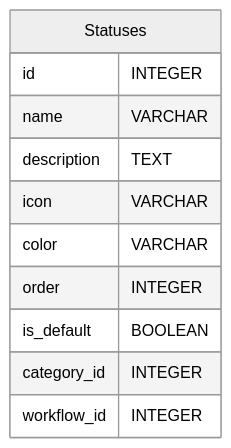
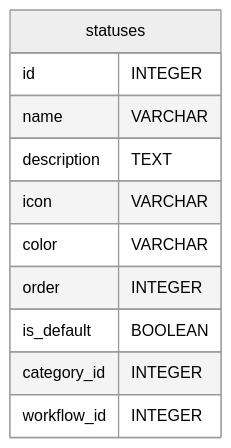
One commit to codeitlikemiley/arta-ecms-docs changed diagram 20 of 41 in infrastructure/db-schema.mdx. Above: the diagram before and after it, drawn with Mermaid (neutral theme). The commit also changed other lines of this file and 34 other files, not shown here.

````diff
--- a/infrastructure/db-schema.mdx
+++ b/infrastructure/db-schema.mdx
@@ -463,14 +802,14 @@
-```mermaid
-erDiagram
-Statuses {
-        id INTEGER
-        name VARCHAR
-        description TEXT
-        icon VARCHAR
-        color VARCHAR
-        order INTEGER
-        is_default BOOLEAN
-        category_id INTEGER
-        workflow_id INTEGER
-    }
-```
+      ```mermaid
+      erDiagram
+          statuses {
+              id INTEGER
+              name VARCHAR
+              description TEXT
+              icon VARCHAR
+              color VARCHAR
+              order INTEGER
+              is_default BOOLEAN
+              category_id INTEGER
+              workflow_id INTEGER
+          }
+      ```
````
